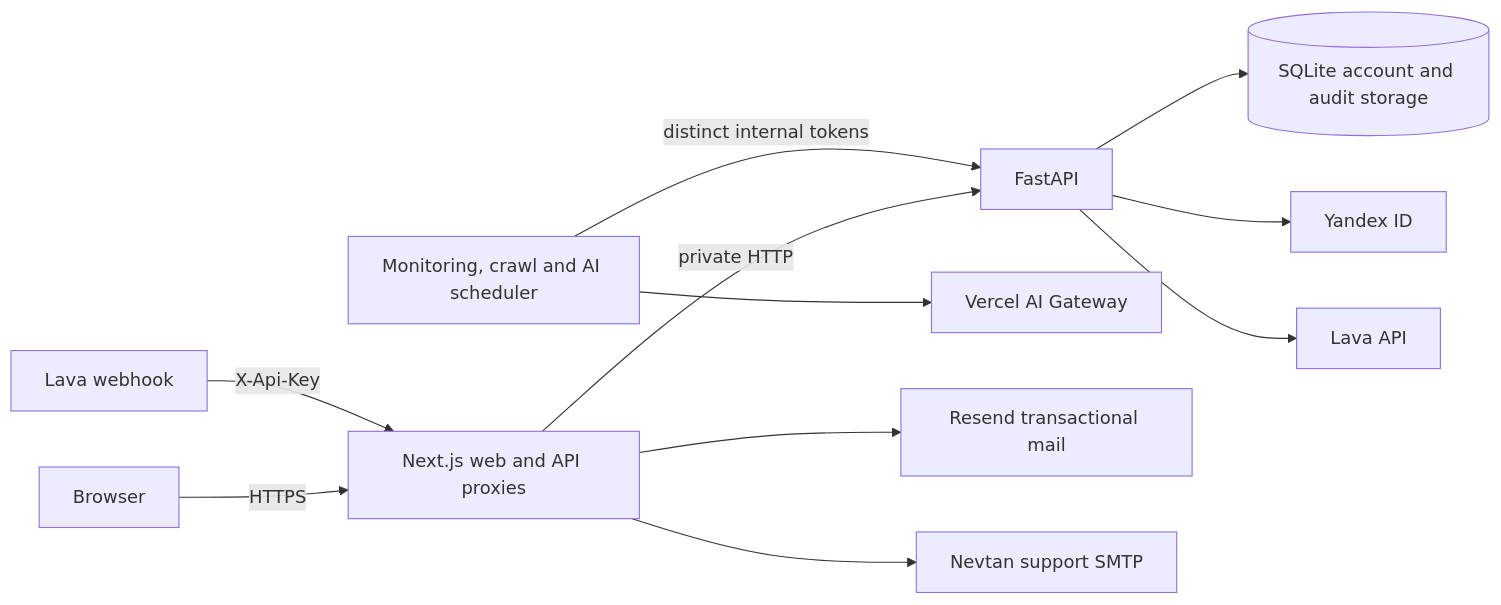
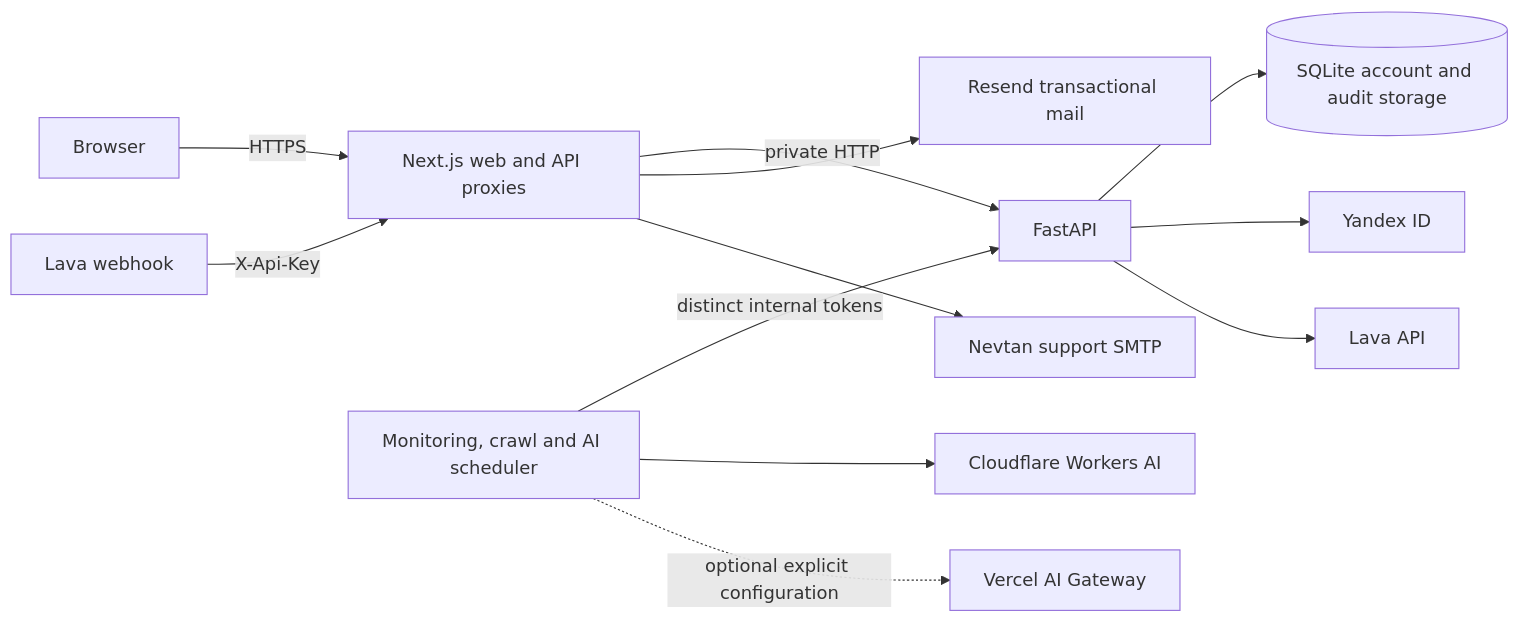
Before and after one commit to fedorovich-web/webdiag: the diagram in README.md, drawn with Mermaid. The commit also changed other lines of this file, not shown here.

Commit message:
Clarify AI architecture and record verified CI repairs

````diff
--- a/README.md
+++ b/README.md
@@ -22,13 +22,14 @@
 ```mermaid
 flowchart LR
     Browser -->|HTTPS| Web[Next.js web and API proxies]
     Lava[Lava webhook] -->|X-Api-Key| Web
     Web -->|private HTTP| API[FastAPI]
     API --> DB[(SQLite account and audit storage)]
     Scheduler[Monitoring, crawl and AI scheduler] -->|distinct internal tokens| API
-    Scheduler --> Gateway[Vercel AI Gateway]
+    Scheduler --> Cloudflare[Cloudflare Workers AI]
+    Scheduler -.->|optional explicit configuration| Gateway[Vercel AI Gateway]
     API --> Yandex[Yandex ID]
     API --> LavaAPI[Lava API]
     Web --> Resend[Resend transactional mail]
     Web --> SMTP[Nevtan support SMTP]
 ```
````
